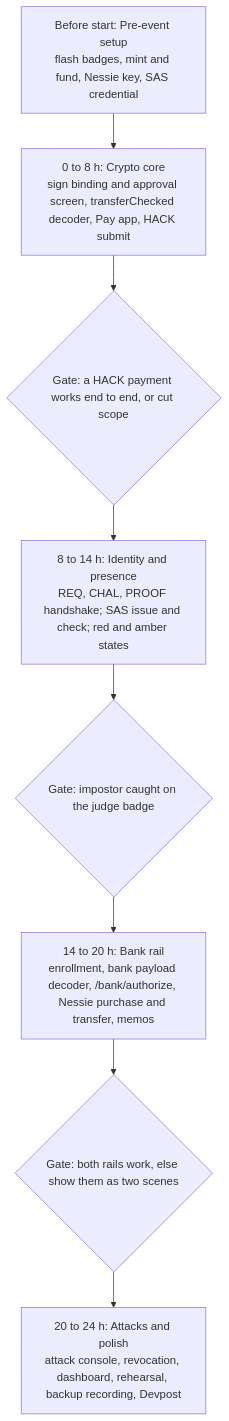
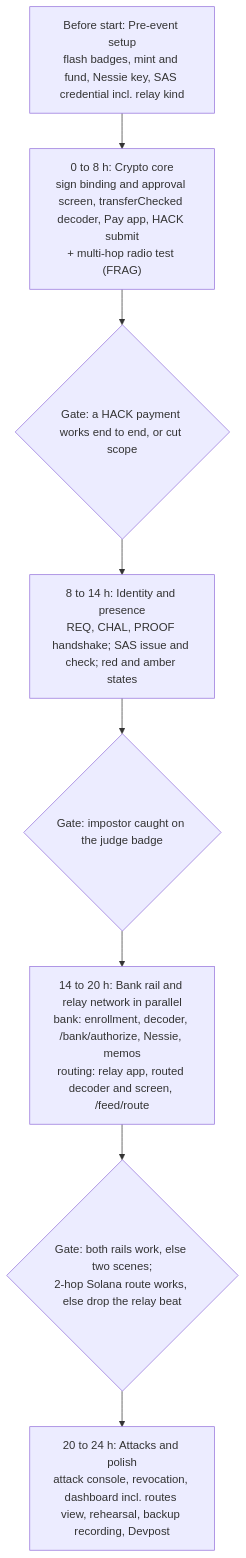
One commit to ayushmk7/MHacks2026 changed the fourth of 4 diagrams in docs/specs/Prd-verified-payment-key.md. Above: the diagram before and after it, drawn with Mermaid. The commit also changed other lines of this file and 9 other files, not shown here.

````diff
--- a/docs/specs/Prd-verified-payment-key.md
+++ b/docs/specs/Prd-verified-payment-key.md
@@ -403,12 +494,12 @@
 ```mermaid
 flowchart TD
-  P0["Before start: Pre-event setup<br/>flash badges, mint and fund, Nessie key, SAS credential"]
-  P1["0 to 8 h: Crypto core<br/>sign binding and approval screen, transferChecked decoder, Pay app, HACK submit"]
+  P0["Before start: Pre-event setup<br/>flash badges, mint and fund, Nessie key, SAS credential incl. relay kind"]
+  P1["0 to 8 h: Crypto core<br/>sign binding and approval screen, transferChecked decoder, Pay app, HACK submit<br/>+ multi-hop radio test (FRAG)"]
   G1{"Gate: a HACK payment works end to end, or cut scope"}
   P2["8 to 14 h: Identity and presence<br/>REQ, CHAL, PROOF handshake; SAS issue and check; red and amber states"]
   G2{"Gate: impostor caught on the judge badge"}
-  P3["14 to 20 h: Bank rail<br/>enrollment, bank payload decoder, /bank/authorize, Nessie purchase and transfer, memos"]
-  G3{"Gate: both rails work, else show them as two scenes"}
-  P4["20 to 24 h: Attacks and polish<br/>attack console, revocation, dashboard, rehearsal, backup recording, Devpost"]
+  P3["14 to 20 h: Bank rail and relay network in parallel<br/>bank: enrollment, decoder, /bank/authorize, Nessie, memos<br/>routing: relay app, routed decoder and screen, /feed/route"]
+  G3{"Gate: both rails work, else two scenes;<br/>2-hop Solana route works, else drop the relay beat"}
+  P4["20 to 24 h: Attacks and polish<br/>attack console, revocation, dashboard incl. routes view, rehearsal, backup recording, Devpost"]
   P0 --> P1 --> G1 --> P2 --> G2 --> P3 --> G3 --> P4
 ```
````
